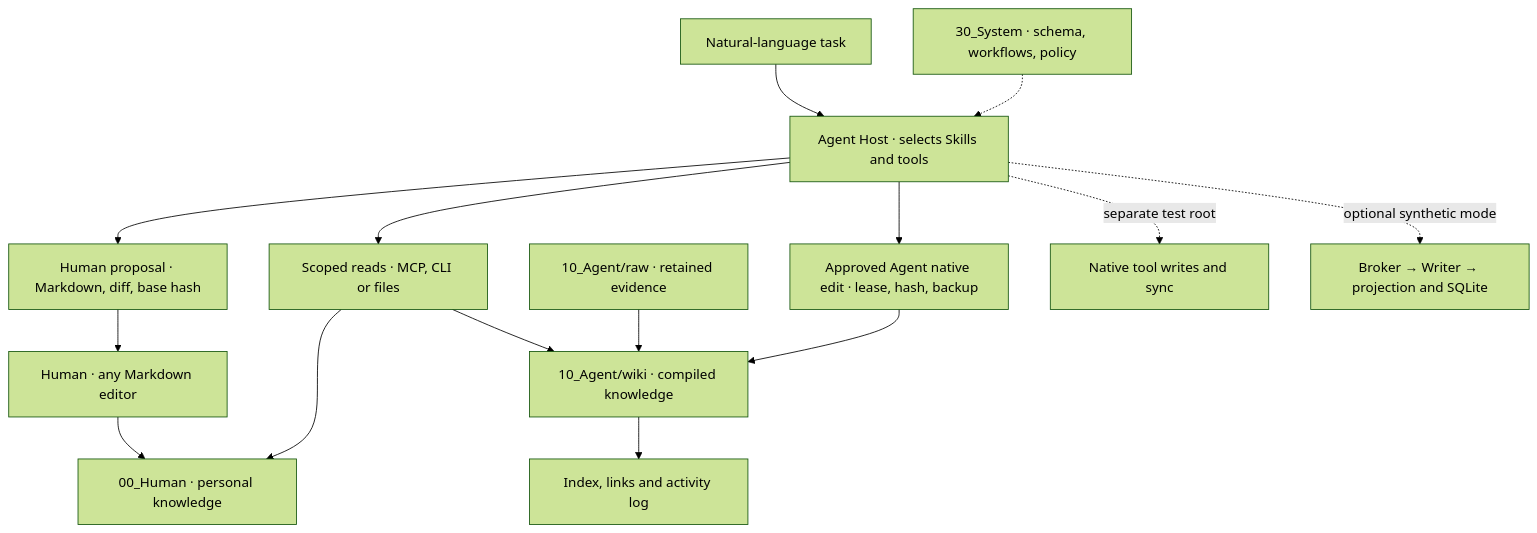
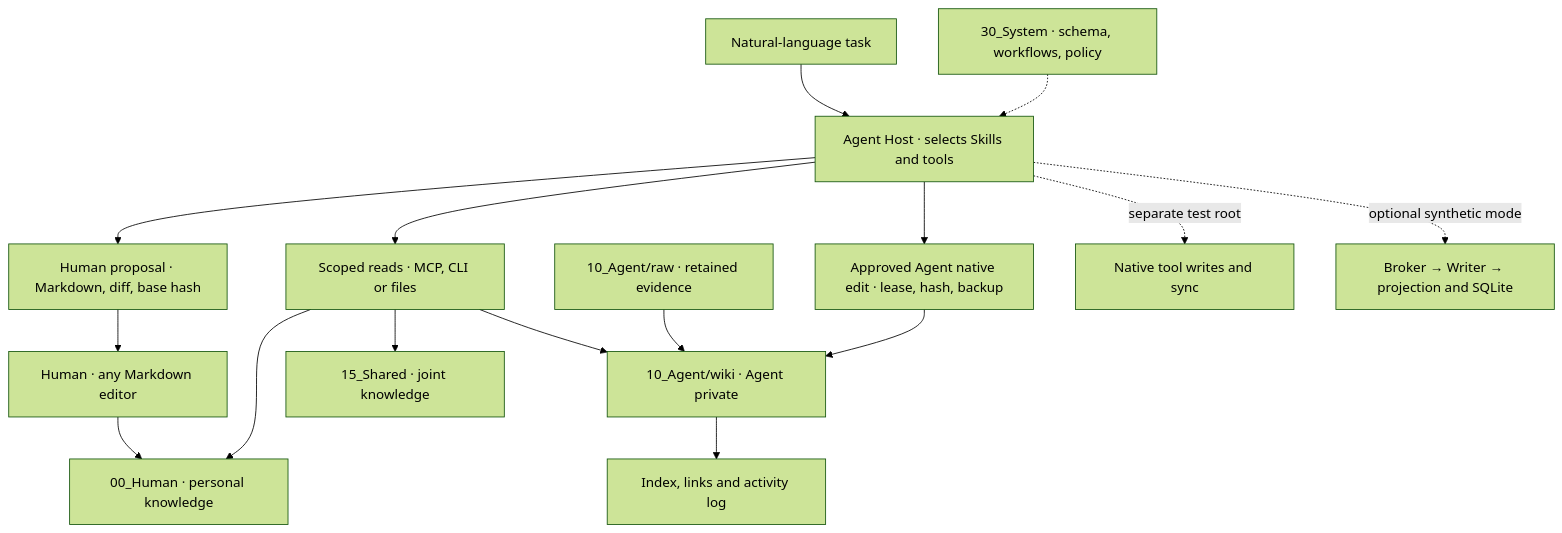
Before and after one commit to chun-chun592/KnowledgeOS: the diagram in architecture/00_架构总览_Architecture-Overview/01_组件与数据流_Components-and-Data-Flow.md, drawn with Mermaid (forest theme). The commit also changed other lines of this file and 119 other files, not shown here.

Commit message:
Add shared knowledge and scoped native governance (v0.1.5)

````diff
--- a/architecture/00_架构总览_Architecture-Overview/01_组件与数据流_Components-and-Data-Flow.md
+++ b/architecture/00_架构总览_Architecture-Overview/01_组件与数据流_Components-and-Data-Flow.md
@@ -7,17 +7,18 @@
 ```mermaid
 flowchart TD
     Human["Human · any Markdown editor"] --> H["00_Human · personal knowledge"]
     Task["Natural-language task"] --> Host["Agent Host · selects Skills and tools"]
     Host --> Read["Scoped reads · MCP, CLI or files"]
     Read --> H
-    Read --> W["10_Agent/wiki · compiled knowledge"]
+    Read --> W["10_Agent/wiki · Agent private"]
+    Read --> S["15_Shared · joint knowledge"]
     Raw["10_Agent/raw · retained evidence"] --> W
     Host --> Proposal["Human proposal · Markdown, diff, base hash"]
     Proposal --> Human
     Host --> Edit["Approved Agent native edit · lease, hash, backup"]
     Edit --> W
     W --> Views["Index, links and activity log"]
     Sys["30_System · schema, workflows, policy"] -.-> Host
     Host -. separate test root .-> Test["Native tool writes and sync"]
     Host -. optional synthetic mode .-> Strict["Broker → Writer → projection and SQLite"]
 ```
````
